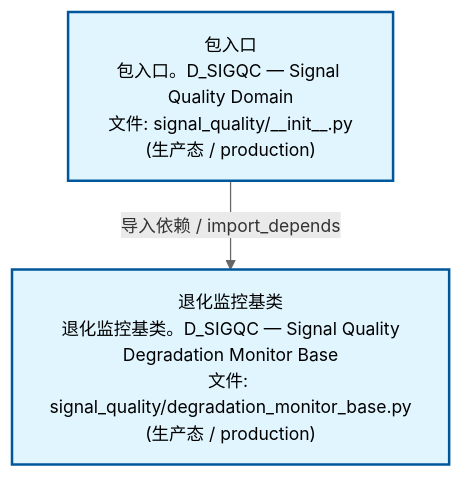
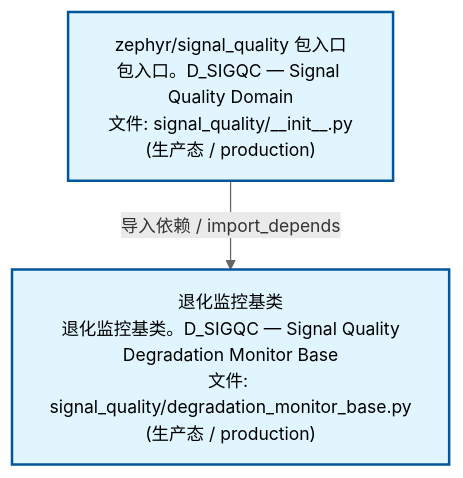
Before and after one commit to xuanFelixVan/ZephyrAlpha: the second of 3 diagrams in docs/02_enterprise_architecture/02_domain_architecture_docs/69_d_sigqc.md, drawn with Mermaid. The commit also changed other lines of this file and 61 other files, not shown here.

````diff
--- a/docs/02_enterprise_architecture/02_domain_architecture_docs/69_d_sigqc.md
+++ b/docs/02_enterprise_architecture/02_domain_architecture_docs/69_d_sigqc.md
@@ -75,12 +75,12 @@
 ```mermaid
 %%{init: {'theme': 'base', 'themeVariables': {'primaryColor': '#eaeaea', 'primaryTextColor': '#333333', 'primaryBorderColor': '#666666', 'lineColor': '#666666', 'secondaryColor': '#eaeaea', 'tertiaryColor': '#eaeaea', 'fontSize': '14px'}}}%%
 flowchart TD
-    src_zephyr_signal_quality_init_py["包入口<br/>包入口。D_SIGQC — Signal Quality Domain<br/>文件: signal_quality/__init__.py<br/>(生产态 / production)"]
+    src_zephyr_signal_quality_init_py["zephyr/signal_quality 包入口<br/>包入口。D_SIGQC — Signal Quality Domain<br/>文件: signal_quality/__init__.py<br/>(生产态 / production)"]
     src_zephyr_signal_quality_degradation_monitor_base_py["退化监控基类<br/>退化监控基类。D_SIGQC — Signal Quality<br/>Degradation Monitor Base<br/>文件: signal_quality/degradation_monitor_base.py<br/>(生产态 / production)"]
     src_zephyr_signal_quality_init_py -->|导入依赖 / import_depends| src_zephyr_signal_quality_degradation_monitor_base_py
     classDef production fill:#e1f5fe,stroke:#01579b,stroke-width:2px,color:#000
     classDef design fill:#fff3e0,stroke:#e65100,stroke-width:2px,color:#000,stroke-dasharray: 5 5
     classDef external_prod fill:#e8f4fd,stroke:#0277bd,stroke-width:1px,color:#000
     classDef external_design fill:#fff8e7,stroke:#ef6c00,stroke-width:1px,color:#000,stroke-dasharray: 5 5
     class src_zephyr_signal_quality_init_py,src_zephyr_signal_quality_degradation_monitor_base_py production
 ```
````
